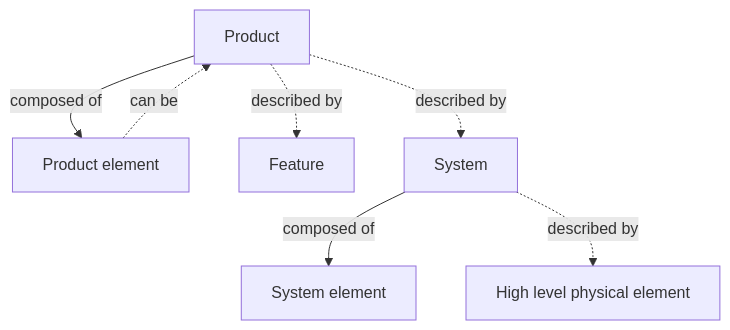
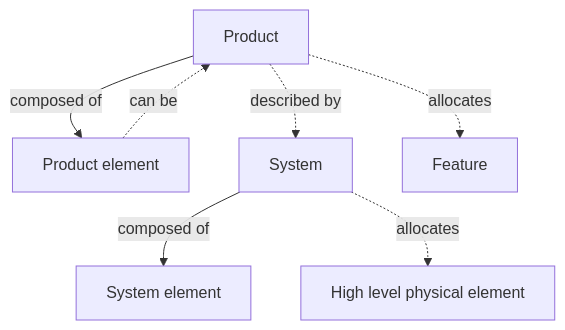
Before and after one commit to 3se-framework/3se-onto: the second of 3 diagrams in glossary.md, drawn with Mermaid. The commit also changed other lines of this file, not shown here.

````diff
--- a/glossary.md
+++ b/glossary.md
@@ -1123,16 +1123,16 @@
 ```mermaid
 flowchart TD
     N1["Product"]
     N2["Product element"]
-    N3["Feature"]
-    N4["System"]
+    N3["System"]
+    N4["Feature"]
     N5["System element"]
     N6["High level physical element"]
 
     N1 -->|composed of| N2
     N1 -.->|described by| N3
-    N1 -.->|described by| N4
+    N1 -.->|allocates| N4
     N2 -.->|can be| N1
-    N4 -->|composed of| N5
-    N4 -.->|described by| N6
+    N3 -->|composed of| N5
+    N3 -.->|allocates| N6
 ```
````
